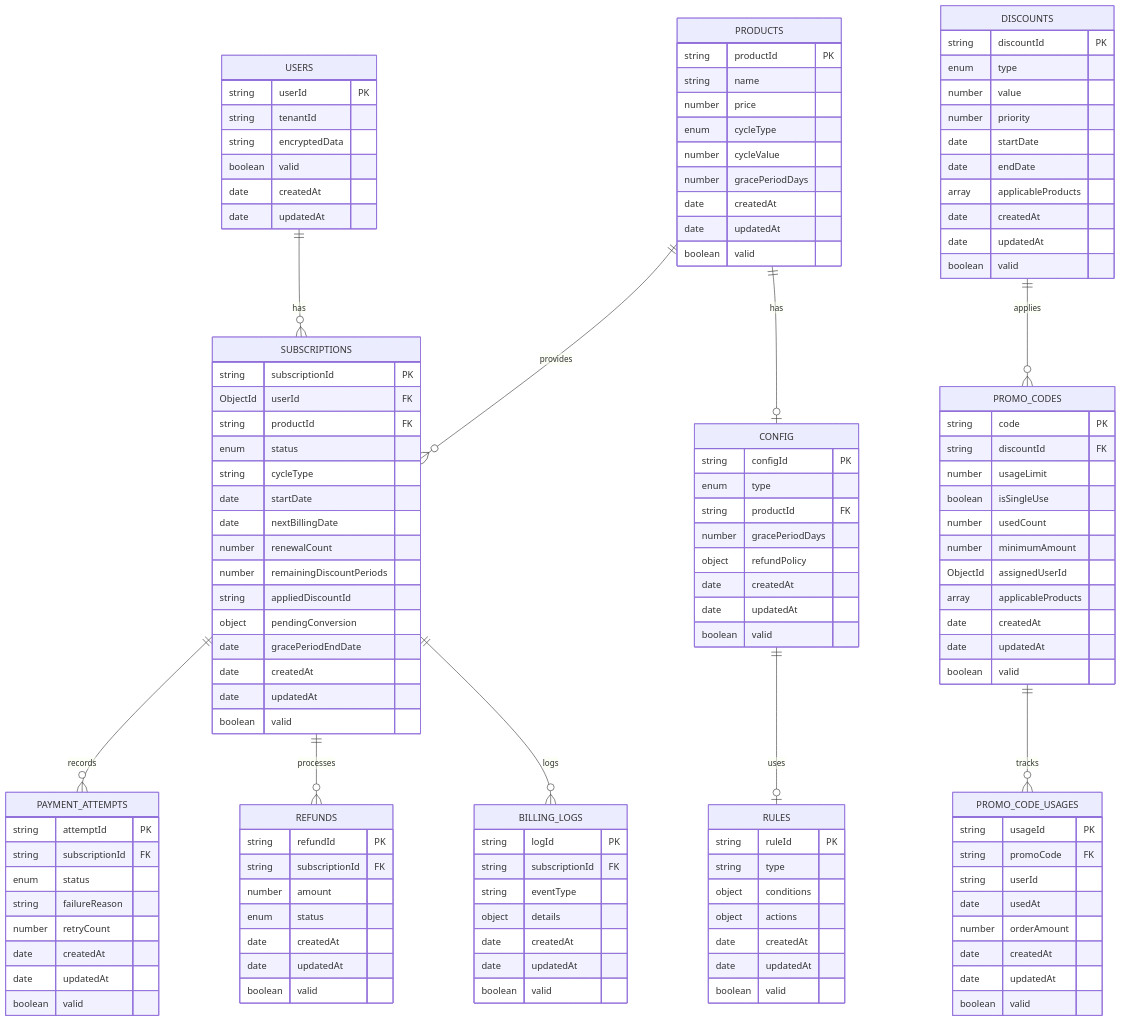
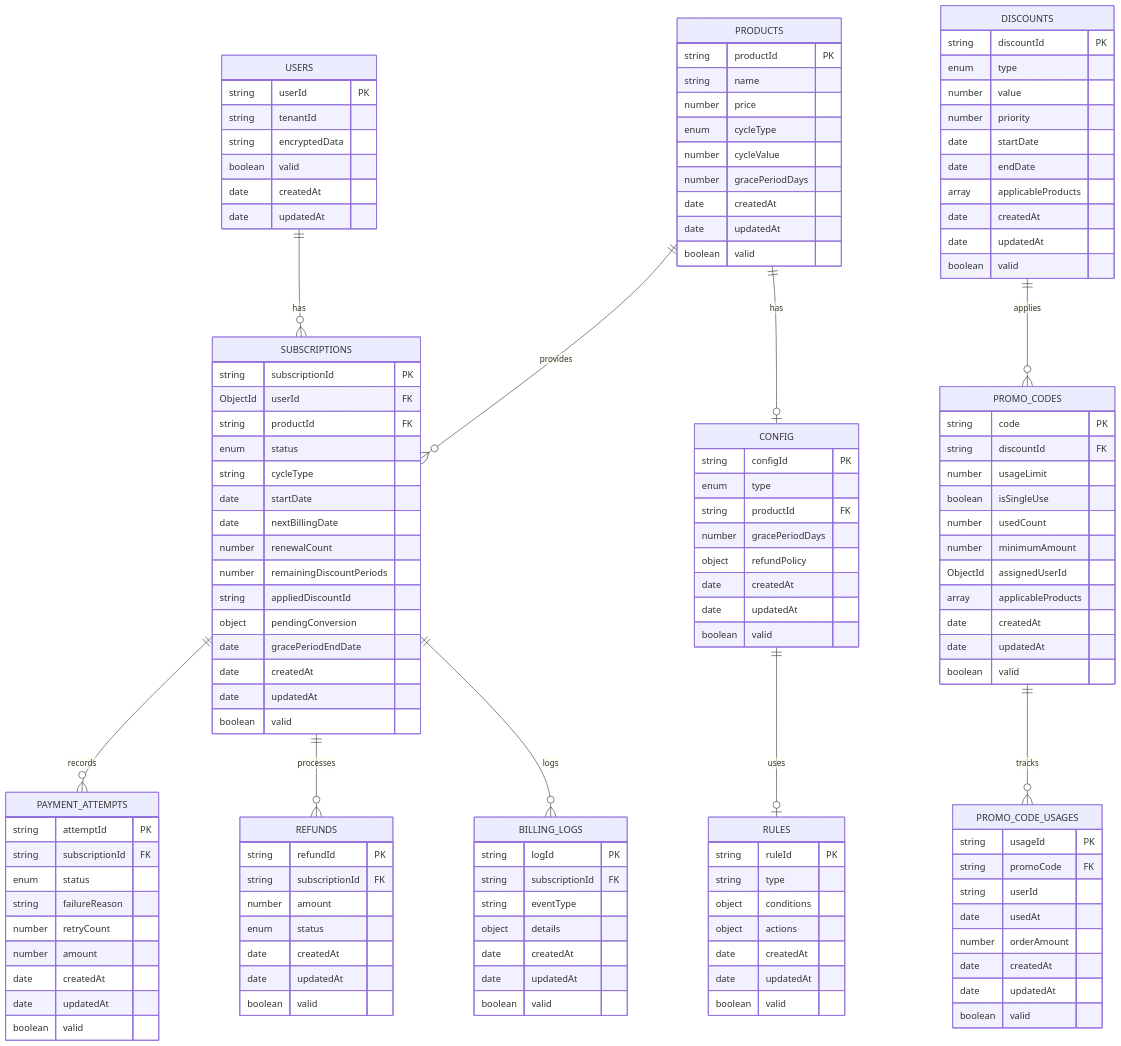
Before and after one commit to xxxhand/auto-billing-bot: the second of 10 diagrams in docs/docs_0_7/billingBot_v0.7.1_system_design.markdown, drawn with Mermaid. The commit also changed other lines of this file and 9 other files, not shown here.

```diff
--- a/docs/docs_0_7/billingBot_v0.7.1_system_design.markdown
+++ b/docs/docs_0_7/billingBot_v0.7.1_system_design.markdown
@@ -305,6 +306,7 @@
         enum status
         string failureReason
         number retryCount
+        number amount
         date createdAt
         date updatedAt
         boolean valid
```
